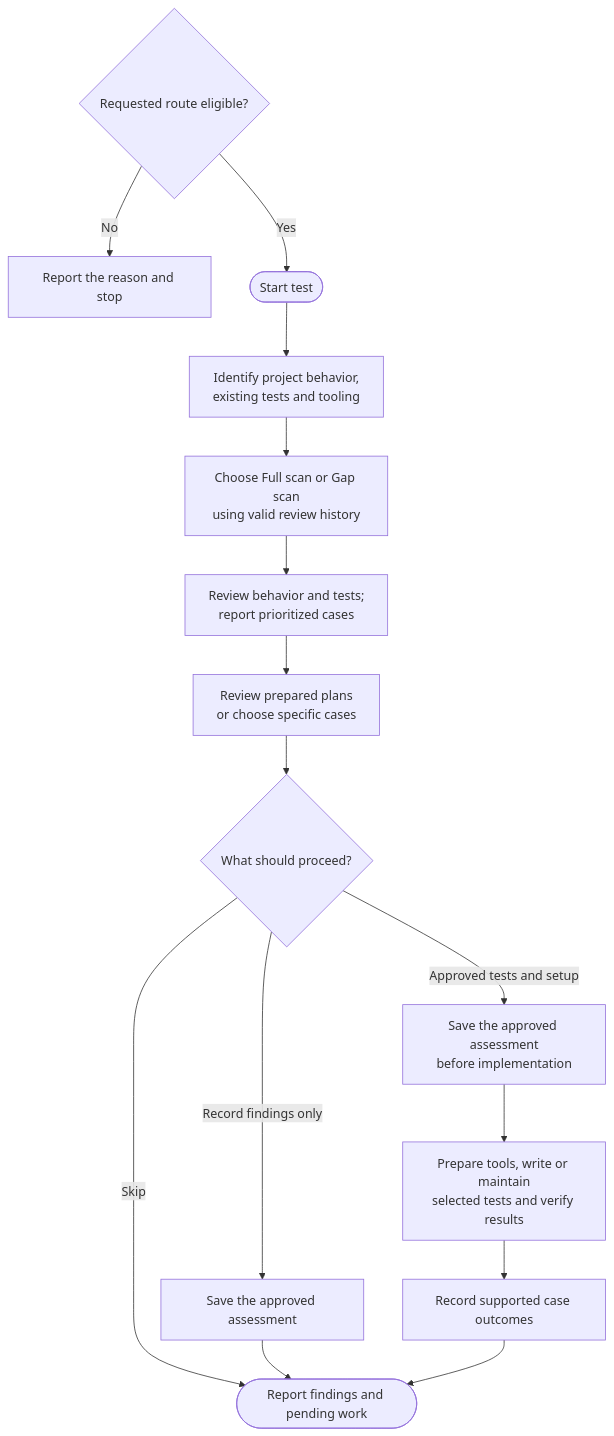
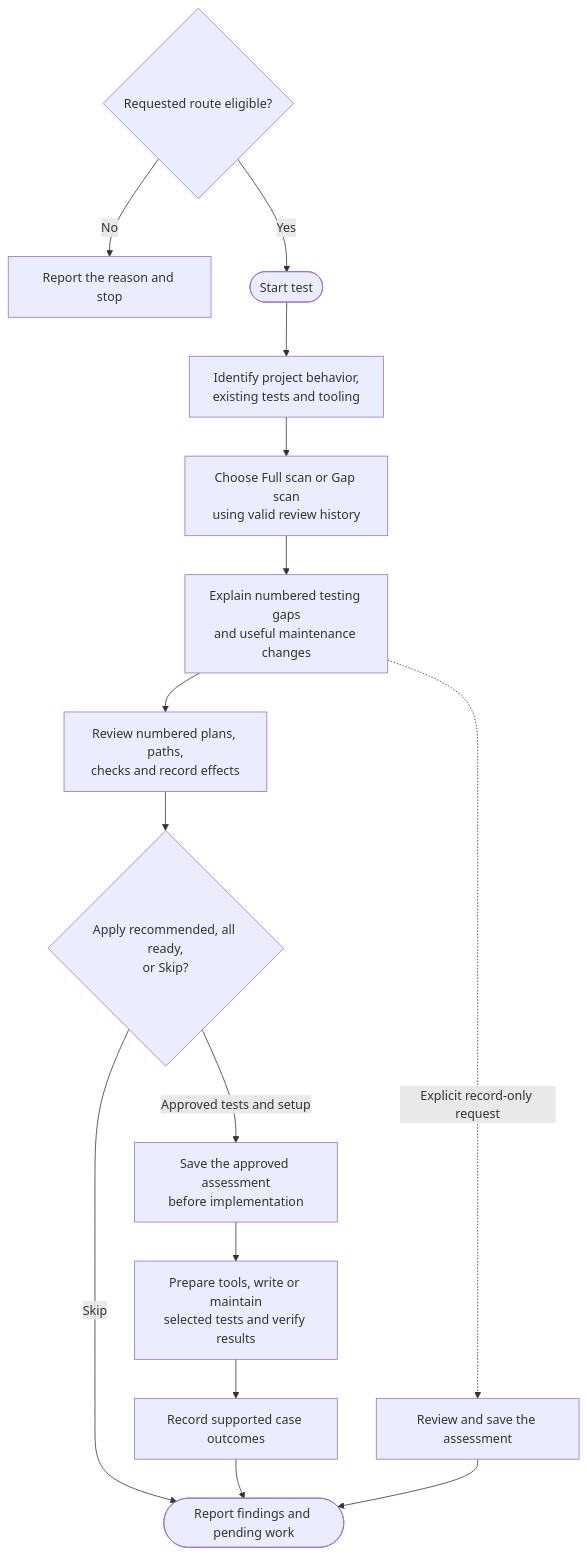
One commit to myowinthein/agent-helm changed the diagram in docs/commands/test/detailed.md. Above: the diagram before and after it, drawn with Mermaid. The commit also changed other lines of this file and 2 other files, not shown here.

Commit message:
docs(test): simplify findings and action selection

````diff
--- a/docs/commands/test/detailed.md
+++ b/docs/commands/test/detailed.md
@@ -22,17 +22,17 @@
 ```mermaid
 flowchart TD
   Entry{"Requested route eligible?"} -->|No| Blocked["Report the reason and stop"]
   Entry -->|Yes| Start
   Start(["Start test"]) --> Inspect["Identify project behavior,<br/>existing tests and tooling"]
   Inspect --> Scope["Choose Full scan or Gap scan<br/>using valid review history"]
-  Scope --> Assess["Review behavior and tests;<br/>report prioritized cases"]
-  Assess --> Select["Review prepared plans<br/>or choose specific cases"]
-  Select --> Choice{"What should proceed?"}
+  Scope --> Assess["Explain numbered testing gaps<br/>and useful maintenance changes"]
+  Assess --> Select["Review numbered plans, paths,<br/>checks and record effects"]
+  Select --> Choice{"Apply recommended, all ready,<br/>or Skip?"}
   Choice -->|Skip| End(["Report findings and pending work"])
-  Choice -->|Record findings only| Record["Save the approved assessment"]
   Choice -->|Approved tests and setup| Checkpoint["Save the approved assessment<br/>before implementation"]
+  Assess -.->|Explicit record-only request| Record["Review and save the assessment"]
   Record --> End
   Checkpoint --> Work["Prepare tools, write or maintain<br/>selected tests and verify results"]
   Work --> Evidence["Record supported case outcomes"]
   Evidence --> End
 ```
````
